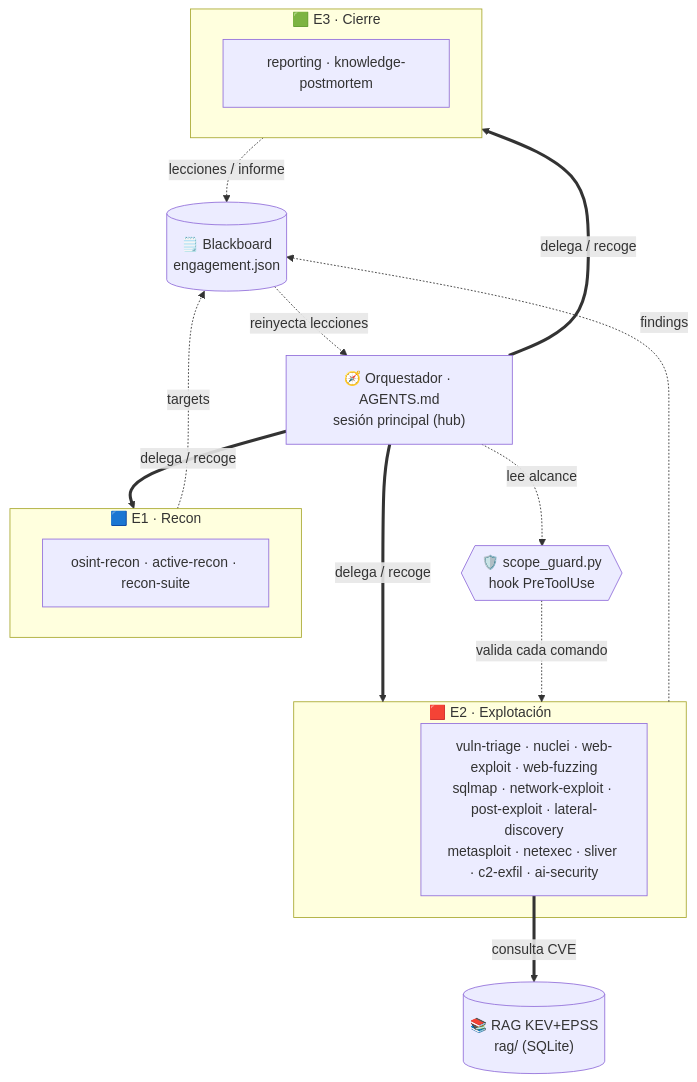
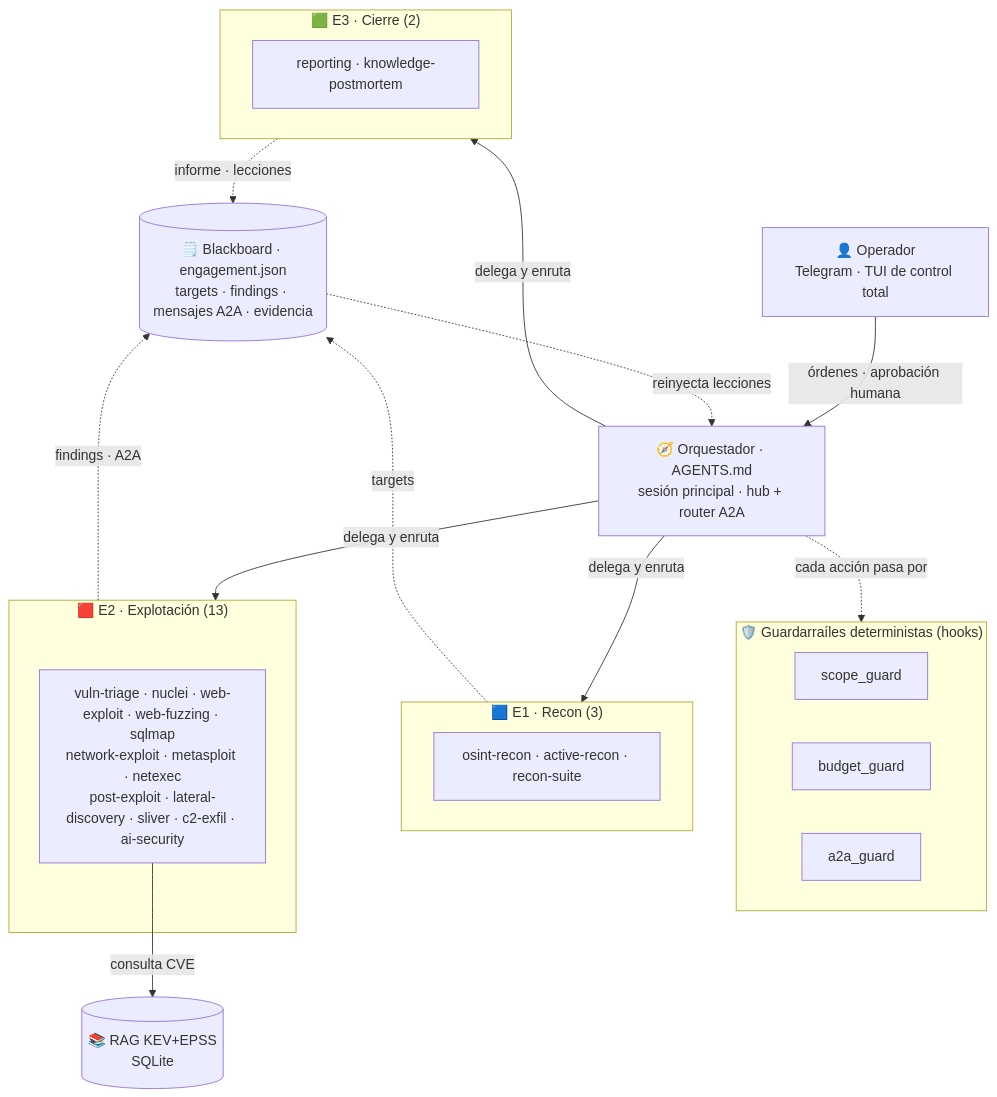
The diagram in README.md (devPruebaDataunix/Data-Attack-Offensive-Tools), drawn with Mermaid before and after one commit. The commit also changed other lines of this file and 7 other files, not shown here.

````diff
--- a/README.md
+++ b/README.md
@@ -117,24 +119,31 @@
 ```mermaid
 flowchart TB
-    ORQ["🧭 Orquestador · AGENTS.md<br/>sesión principal (hub)"]
-    SG{{"🛡️ scope_guard.py<br/>hook PreToolUse"}}
-    BB[("🗒️ Blackboard<br/>engagement.json")]
-    RAGDB[("📚 RAG KEV+EPSS<br/>rag/ (SQLite)")]
-    subgraph E1["🟦 E1 · Recon"]
+    OP["👤 Operador<br/>Telegram · TUI de control total"]
+    ORQ["🧭 Orquestador · AGENTS.md<br/>sesión principal · hub + router A2A"]
+    subgraph GATES["🛡️ Guardarraíles deterministas (hooks)"]
+        SG["scope_guard"]
+        BG["budget_guard"]
+        AG["a2a_guard"]
+    end
+    BB[("🗒️ Blackboard · engagement.json<br/>targets · findings · mensajes A2A · evidencia")]
+    RAGDB[("📚 RAG KEV+EPSS<br/>SQLite")]
+    subgraph E1["🟦 E1 · Recon (3)"]
         R["osint-recon · active-recon · recon-suite"]
     end
-    subgraph E2["🟥 E2 · Explotación"]
-        X["vuln-triage · nuclei · web-exploit · web-fuzzing<br/>sqlmap · network-exploit · post-exploit · lateral-discovery<br/>metasploit · netexec · sliver · c2-exfil · ai-security"]
+    subgraph E2["🟥 E2 · Explotación (13)"]
+        X["vuln-triage · nuclei · web-exploit · web-fuzzing · sqlmap<br/>network-exploit · metasploit · netexec<br/>post-exploit · lateral-discovery · sliver · c2-exfil · ai-security"]
     end
-    subgraph E3["🟩 E3 · Cierre"]
+    subgraph E3["🟩 E3 · Cierre (2)"]
         C["reporting · knowledge-postmortem"]
     end
-    ORQ ==>|delega / recoge| E1 & E2 & E3
+    OP -->|órdenes · aprobación humana| ORQ
+    ORQ -->|delega y enruta| E1
+    ORQ -->|delega y enruta| E2
+    ORQ -->|delega y enruta| E3
+    ORQ -.->|cada acción pasa por| GATES
     E1 -.->|targets| BB
-    E2 -.->|findings| BB
-    E3 -.->|lecciones / informe| BB
+    E2 -.->|findings · A2A| BB
+    E3 -.->|informe · lecciones| BB
     BB -.->|reinyecta lecciones| ORQ
-    X ==>|consulta CVE| RAGDB
-    SG -.->|valida cada comando| E2
-    ORQ -.->|lee alcance| SG
+    X -->|consulta CVE| RAGDB
 ```
````
